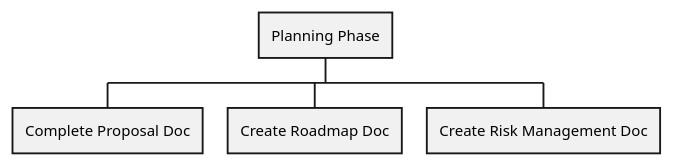
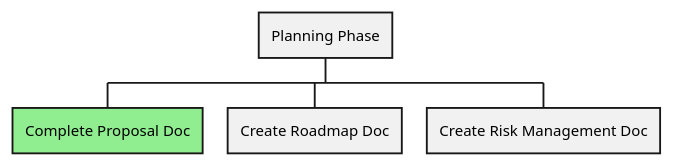
Before and after one commit to J-M-Bell/ArcherFinancial: the diagram in Docs/1. Planning/PlanningWBS/PlanningWBS.puml, drawn with PlantUML. The commit also changed 1 other file, not shown here.

```diff
--- a/Docs/1. Planning/PlanningWBS/PlanningWBS.puml
+++ b/Docs/1. Planning/PlanningWBS/PlanningWBS.puml
@@ -1,10 +1,10 @@
 @startwbs
 * Planning Phase
 
 
-** Complete Proposal Doc
+**[#LightGreen] Complete Proposal Doc
 
 ** Create Roadmap Doc
 
 ** Create Risk Management Doc
 @endwbs
```
